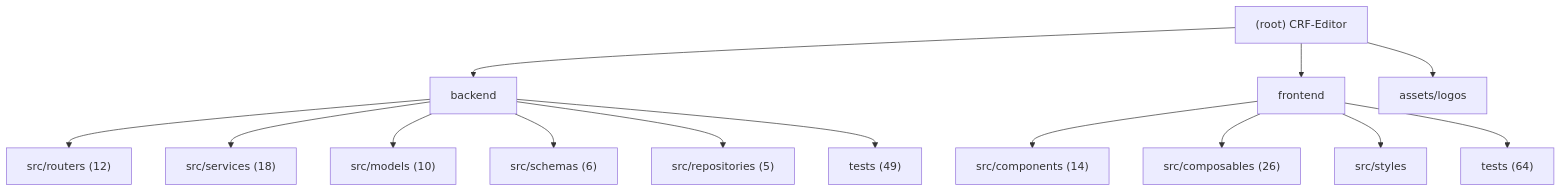
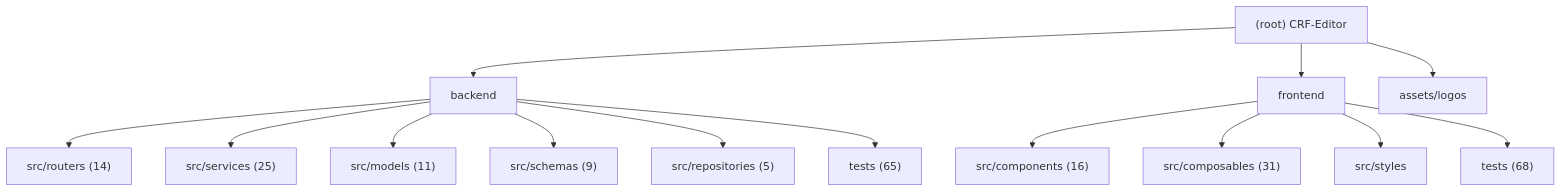
One commit to decade6666/CRF-Editor changed the diagram in .claude/CLAUDE.md. Above: the diagram before and after it, drawn with Mermaid. The commit also changed other lines of this file and 32 other files, not shown here.

````diff
--- a/.claude/CLAUDE.md
+++ b/.claude/CLAUDE.md
@@ -15,19 +15,19 @@
 ```mermaid
 graph TD
     A["(root) CRF-Editor"] --> B["backend"];
-    B --> B1["src/routers (12)"];
-    B --> B2["src/services (18)"];
-    B --> B3["src/models (10)"];
-    B --> B4["src/schemas (6)"];
+    B --> B1["src/routers (14)"];
+    B --> B2["src/services (25)"];
+    B --> B3["src/models (11)"];
+    B --> B4["src/schemas (9)"];
     B --> B5["src/repositories (5)"];
-    B --> B6["tests (49)"];
+    B --> B6["tests (65)"];
     A --> C["frontend"];
-    C --> C1["src/components (14)"];
-    C --> C2["src/composables (26)"];
+    C --> C1["src/components (16)"];
+    C --> C2["src/composables (31)"];
     C --> C3["src/styles"];
-    C --> C4["tests (64)"];
+    C --> C4["tests (68)"];
     A --> D["assets/logos"];
 
     click B "./backend/.claude/CLAUDE.md" "View backend module docs"
     click C "./frontend/.claude/CLAUDE.md" "View frontend module docs"
 ```
````
